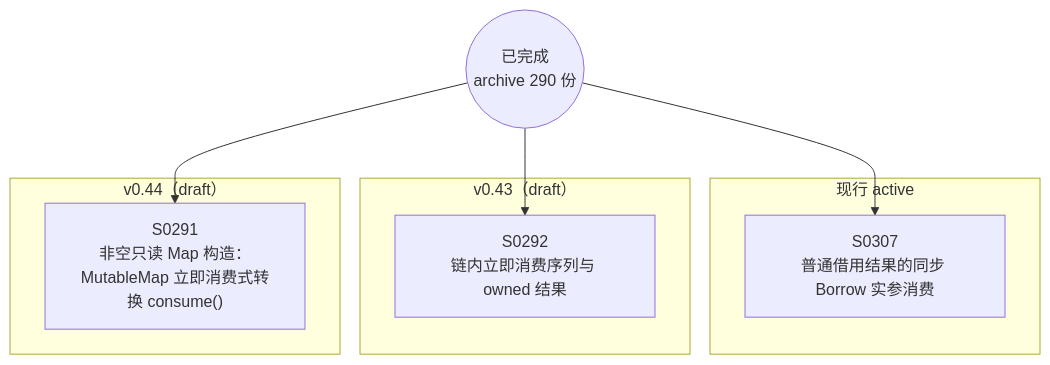
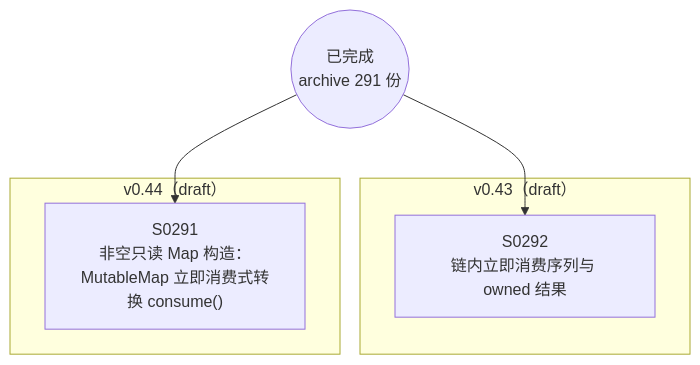
Before and after one commit to Halckon/Koven: the diagram in docs/specs/dependency-graph.md, drawn with Mermaid. The commit also changed other lines of this file and 9 other files, not shown here.

Commit message:
docs(spec): archive synchronous Borrow argument slice (SPEC-0307)

````diff
--- a/docs/specs/dependency-graph.md
+++ b/docs/specs/dependency-graph.md
@@ -9,16 +9,12 @@
 ```mermaid
 flowchart TD
-ARCH(("已完成<br/>archive 290 份"))
-subgraph Gactive["现行 active"]
-  S0307["S0307<br/>普通借用结果的同步 Borrow 实参消费"]
-end
+ARCH(("已完成<br/>archive 291 份"))
 subgraph Gdrafts_v043["v0.43（draft）"]
   S0292["S0292<br/>链内立即消费序列与 owned 结果"]
 end
 subgraph Gdrafts_v044["v0.44（draft）"]
   S0291["S0291<br/>非空只读 Map 构造：MutableMap 立即消费式转换 consume()"]
 end
 ARCH --> S0291
 ARCH --> S0292
-ARCH --> S0307
 ```
````
